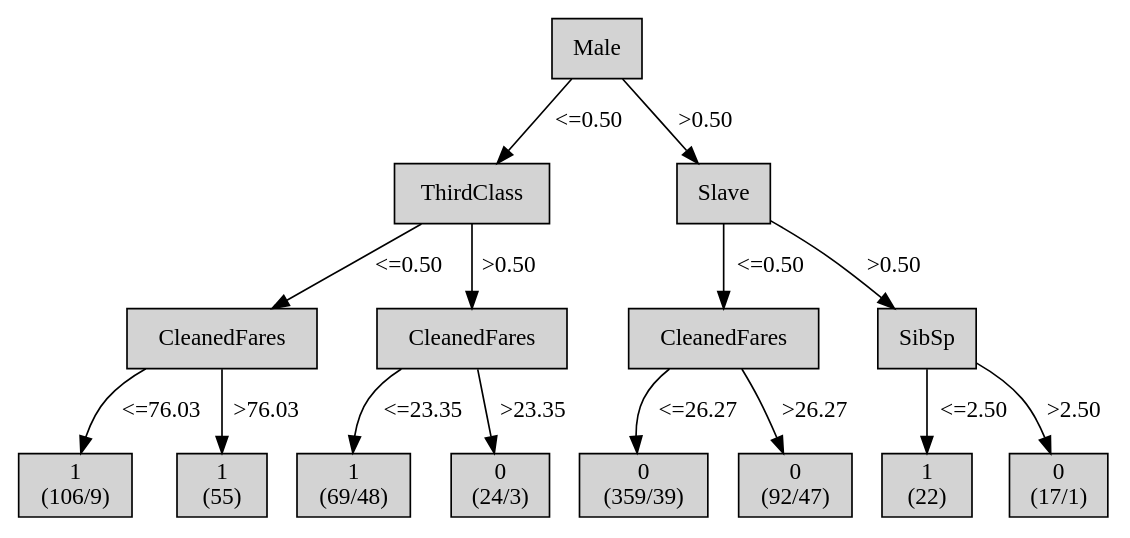
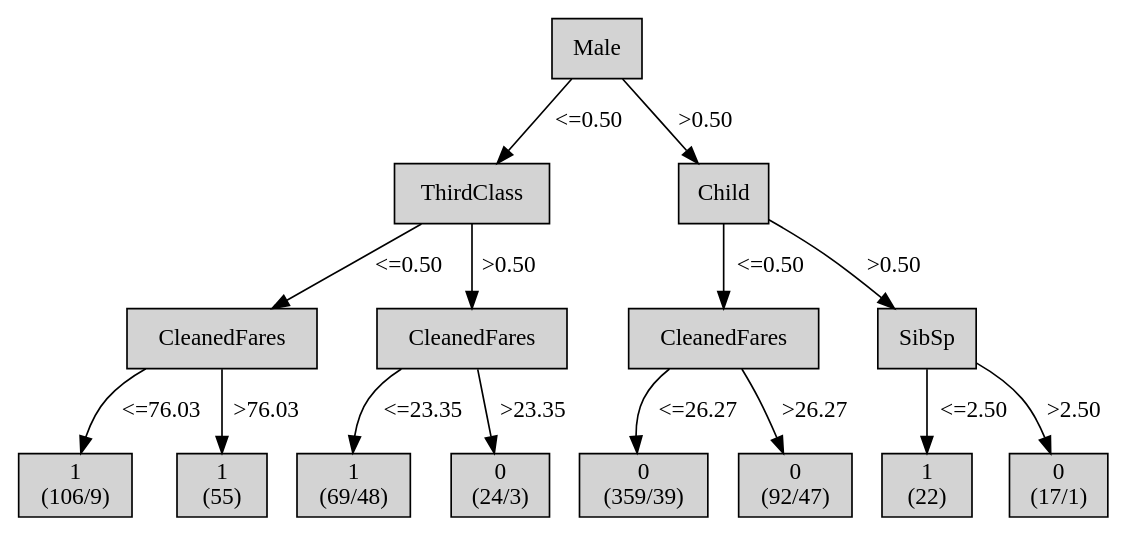
One commit to mklb/BI-Python3 changed the diagram in output/tree-generator-3/tree.dot. Above: the diagram before and after it, drawn with Graphviz. The commit also changed 14 other files, not shown here.

Commit message:
slave -> child

```diff
--- a/output/tree-generator-3/tree.dot
+++ b/output/tree-generator-3/tree.dot
@@ -1,58 +1,58 @@
 digraph ID3_Tree {
 "0" [shape=box, style=filled, label="Male
 ", weight=1]
 "1" [shape=box, style=filled, label="ThirdClass
 ", weight=2]
 0 -> 1 [ label = "<=0.50"];
 "2" [shape=box, style=filled, label="CleanedFares
 ", weight=3]
 1 -> 2 [ label = "<=0.50"];
 "3" [shape=box, style=filled, label="1
 (106/9)
 ", weight=4]
 2 -> 3 [ label = "<=76.03"];
 "4" [shape=box, style=filled, label="1
 (55)
 ", weight=4]
 2 -> 4 [ label = ">76.03"];
 "5" [shape=box, style=filled, label="CleanedFares
 ", weight=3]
 1 -> 5 [ label = ">0.50"];
 "6" [shape=box, style=filled, label="1
 (69/48)
 ", weight=4]
 5 -> 6 [ label = "<=23.35"];
 "7" [shape=box, style=filled, label="0
 (24/3)
 ", weight=4]
 5 -> 7 [ label = ">23.35"];
-"8" [shape=box, style=filled, label="Slave
+"8" [shape=box, style=filled, label="Child
 ", weight=2]
 0 -> 8 [ label = ">0.50"];
 "9" [shape=box, style=filled, label="CleanedFares
 ", weight=3]
 8 -> 9 [ label = "<=0.50"];
 "10" [shape=box, style=filled, label="0
 (359/39)
 ", weight=4]
 9 -> 10 [ label = "<=26.27"];
 "11" [shape=box, style=filled, label="0
 (92/47)
 ", weight=4]
 9 -> 11 [ label = ">26.27"];
 "12" [shape=box, style=filled, label="SibSp
 ", weight=3]
 8 -> 12 [ label = ">0.50"];
 "13" [shape=box, style=filled, label="1
 (22)
 ", weight=4]
 12 -> 13 [ label = "<=2.50"];
 "14" [shape=box, style=filled, label="0
 (17/1)
 ", weight=4]
 12 -> 14 [ label = ">2.50"];
 {rank=same; 0;};
 {rank=same; 1;8;};
 {rank=same; 2;5;9;12;};
 {rank=same; 3;4;6;7;10;11;13;14;};
 }
```
